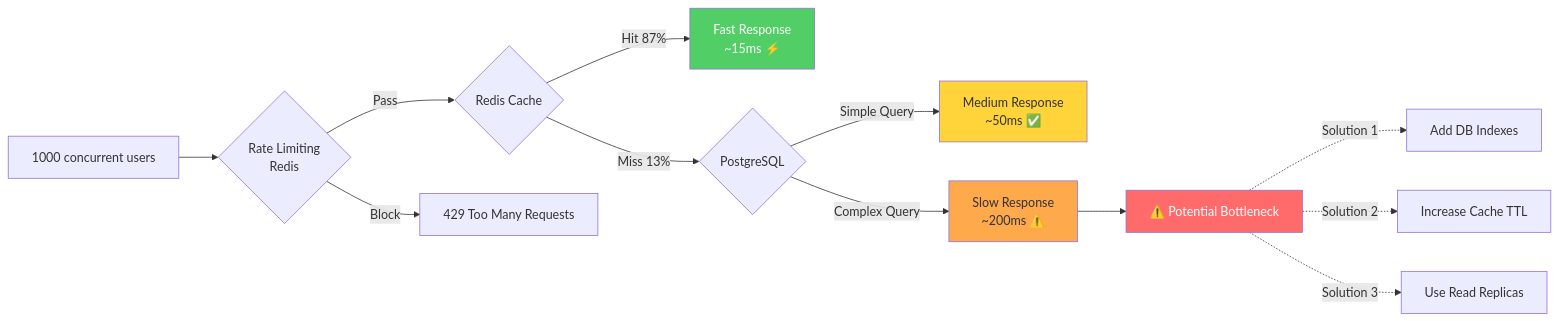
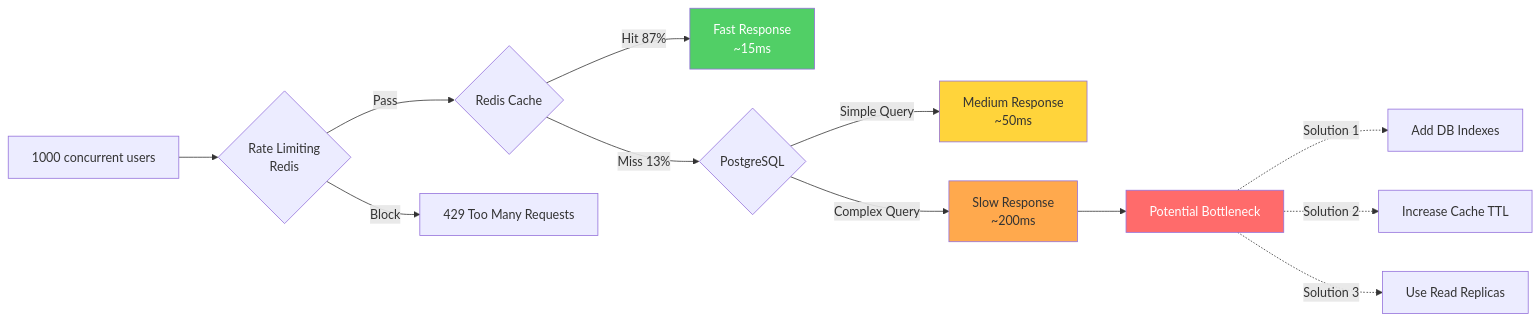
Before and after one commit to shiftexpress01/public: diagram 11 of 14 in OVERVIEW.md, drawn with Mermaid. The commit also changed other lines of this file, not shown here.

````diff
--- a/OVERVIEW.md
+++ b/OVERVIEW.md
@@ -603,24 +603,24 @@
 ```mermaid
 graph LR
     Request[1000 concurrent users] --> RateLimit{Rate Limiting<br/>Redis}
 
     RateLimit -->|Pass| Cache{Redis Cache}
     RateLimit -->|Block| Response429[429 Too Many Requests]
 
-    Cache -->|Hit 87%| FastResponse[Fast Response<br/>~15ms ⚡]
+    Cache -->|Hit 87%| FastResponse[Fast Response<br/>~15ms]
     Cache -->|Miss 13%| Database{PostgreSQL}
 
-    Database -->|Simple Query| MediumResponse[Medium Response<br/>~50ms ✅]
-    Database -->|Complex Query| SlowResponse[Slow Response<br/>~200ms ⚠️]
+    Database -->|Simple Query| MediumResponse[Medium Response<br/>~50ms]
+    Database -->|Complex Query| SlowResponse[Slow Response<br/>~200ms]
 
-    SlowResponse --> Bottleneck[⚠️ Potential Bottleneck]
+    SlowResponse --> Bottleneck[Potential Bottleneck]
 
     Bottleneck -.Solution 1.-> AddIndex[Add DB Indexes]
     Bottleneck -.Solution 2.-> CacheMore[Increase Cache TTL]
     Bottleneck -.Solution 3.-> Replicas[Use Read Replicas]
 
     style Bottleneck fill:#ff6b6b,color:#fff
     style FastResponse fill:#51cf66,color:#fff
     style MediumResponse fill:#ffd43b
     style SlowResponse fill:#ffa94d
 ```
````
